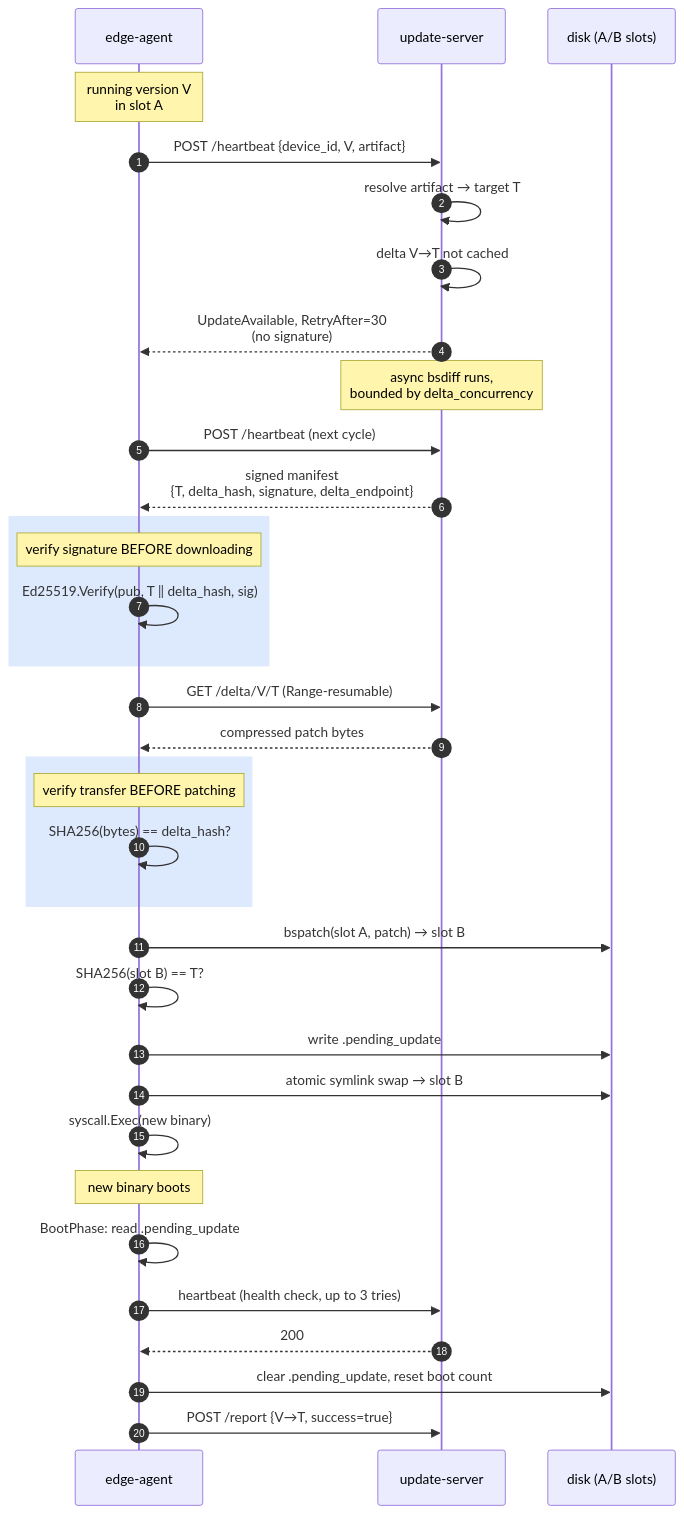
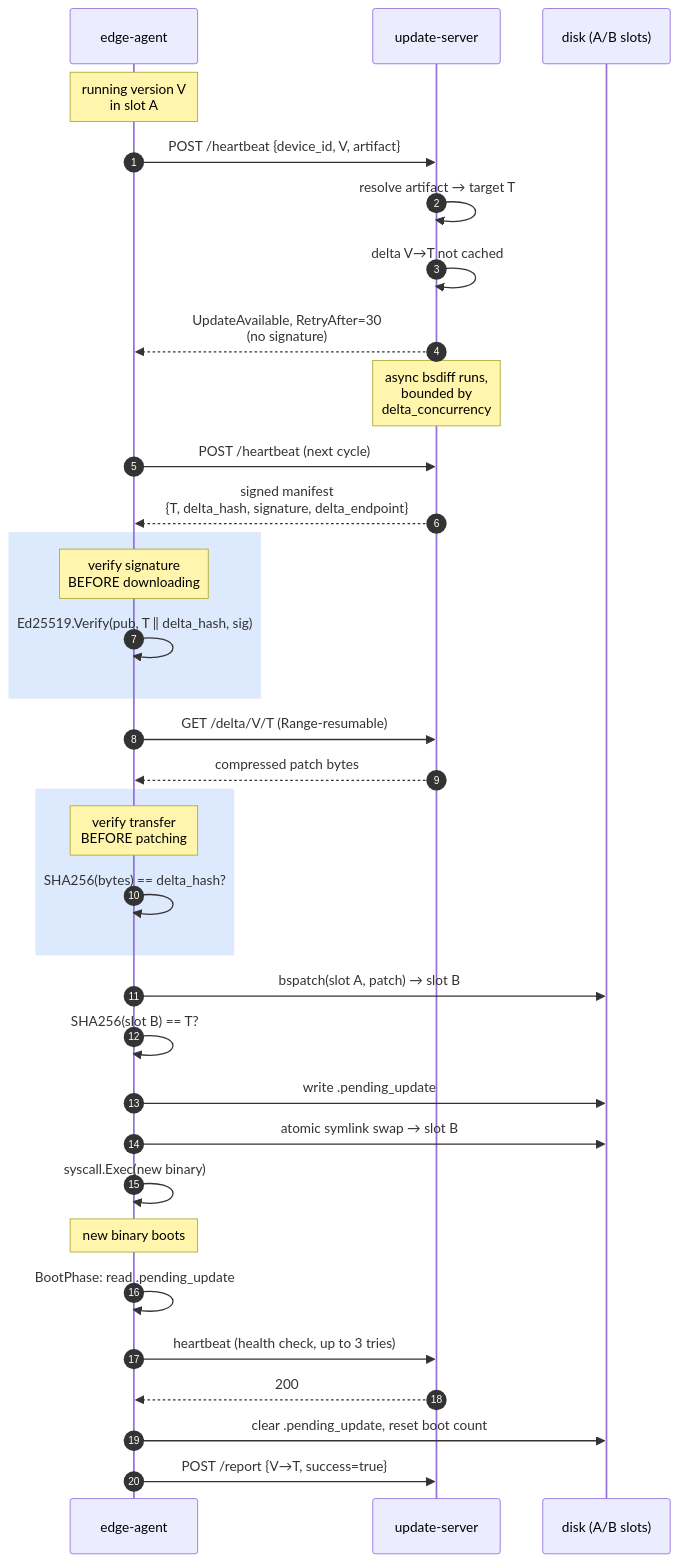
The third of 4 diagrams in site/content/protocol/_index.md (carlosprados/ota-updater), drawn with Mermaid before and after one commit. The commit also changed other lines of this file and 17 other files, not shown here.

````diff
--- a/site/content/protocol/_index.md
+++ b/site/content/protocol/_index.md
@@ -126,45 +126,45 @@
 ```mermaid
 sequenceDiagram
     autonumber
     participant A as edge-agent
     participant S as update-server
     participant D as disk (A/B slots)
 
     Note over A: running version V<br/>in slot A
 
     A->>S: POST /heartbeat {device_id, V, artifact}
     S->>S: resolve artifact → target T
     S->>S: delta V→T not cached
     S-->>A: UpdateAvailable, RetryAfter=30<br/>(no signature)
-    Note over S: async bsdiff runs,<br/>bounded by delta_concurrency
+    Note over S: async bsdiff runs,<br/>bounded by<br/>delta_concurrency
 
     A->>S: POST /heartbeat (next cycle)
     S-->>A: signed manifest<br/>{T, delta_hash, signature, delta_endpoint}
 
     rect rgba(66, 133, 244, 0.18)
-        Note over A: verify signature BEFORE downloading
+        Note over A: verify signature<br/>BEFORE downloading
         A->>A: Ed25519.Verify(pub, T ‖ delta_hash, sig)
     end
 
     A->>S: GET /delta/V/T  (Range-resumable)
     S-->>A: compressed patch bytes
 
     rect rgba(66, 133, 244, 0.18)
-        Note over A: verify transfer BEFORE patching
+        Note over A: verify transfer<br/>BEFORE patching
         A->>A: SHA256(bytes) == delta_hash?
     end
 
     A->>D: bspatch(slot A, patch) → slot B
     A->>A: SHA256(slot B) == T?
     A->>D: write .pending_update
     A->>D: atomic symlink swap → slot B
     A->>A: syscall.Exec(new binary)
 
     Note over A: new binary boots
 
     A->>A: BootPhase: read .pending_update
     A->>S: heartbeat (health check, up to 3 tries)
     S-->>A: 200
     A->>D: clear .pending_update, reset boot count
     A->>S: POST /report {V→T, success=true}
 ```
````
